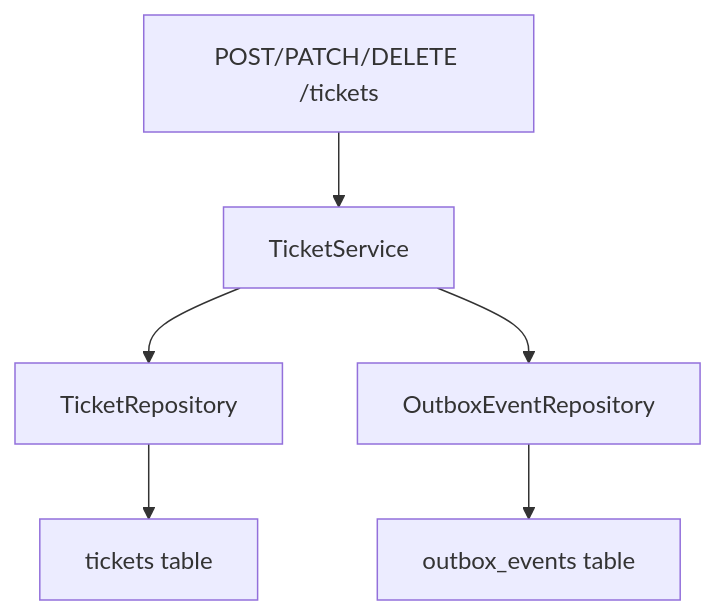
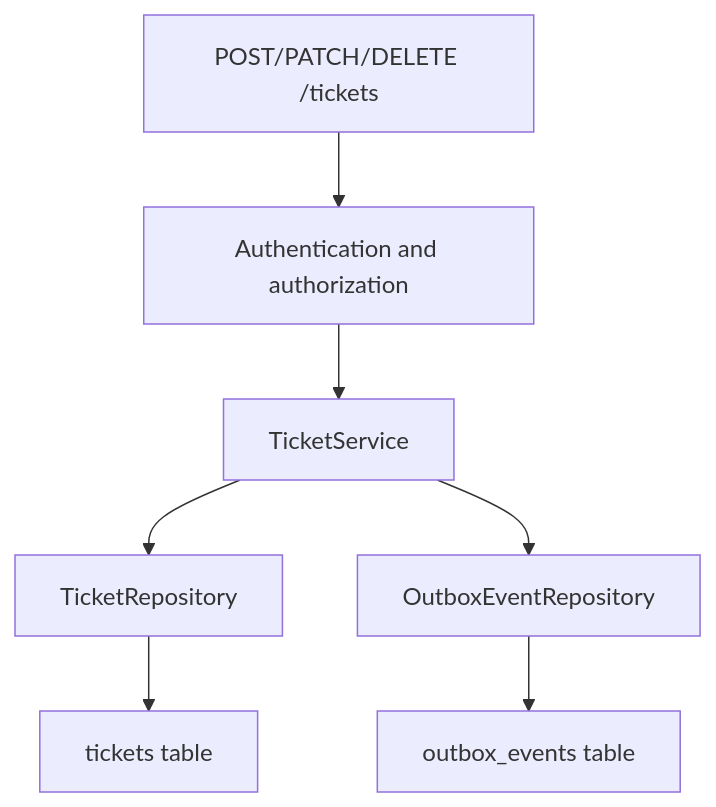
Before and after one commit to melika-kheirieh/fastapi-ticket-search-service: the first of 5 diagrams in docs/architecture.md, drawn with Mermaid. The commit also changed other lines of this file and 3 other files, not shown here.

````diff
--- a/docs/architecture.md
+++ b/docs/architecture.md
@@ -28,8 +67,9 @@
 ```mermaid
 flowchart TD
-    A["POST/PATCH/DELETE /tickets"] --> B["TicketService"]
-    B --> C["TicketRepository"]
-    B --> D["OutboxEventRepository"]
-    C --> E["tickets table"]
-    D --> F["outbox_events table"]
+    A["POST/PATCH/DELETE /tickets"] --> B["Authentication and authorization"]
+    B --> C["TicketService"]
+    C --> D["TicketRepository"]
+    C --> E["OutboxEventRepository"]
+    D --> F["tickets table"]
+    E --> G["outbox_events table"]
 ```
````
